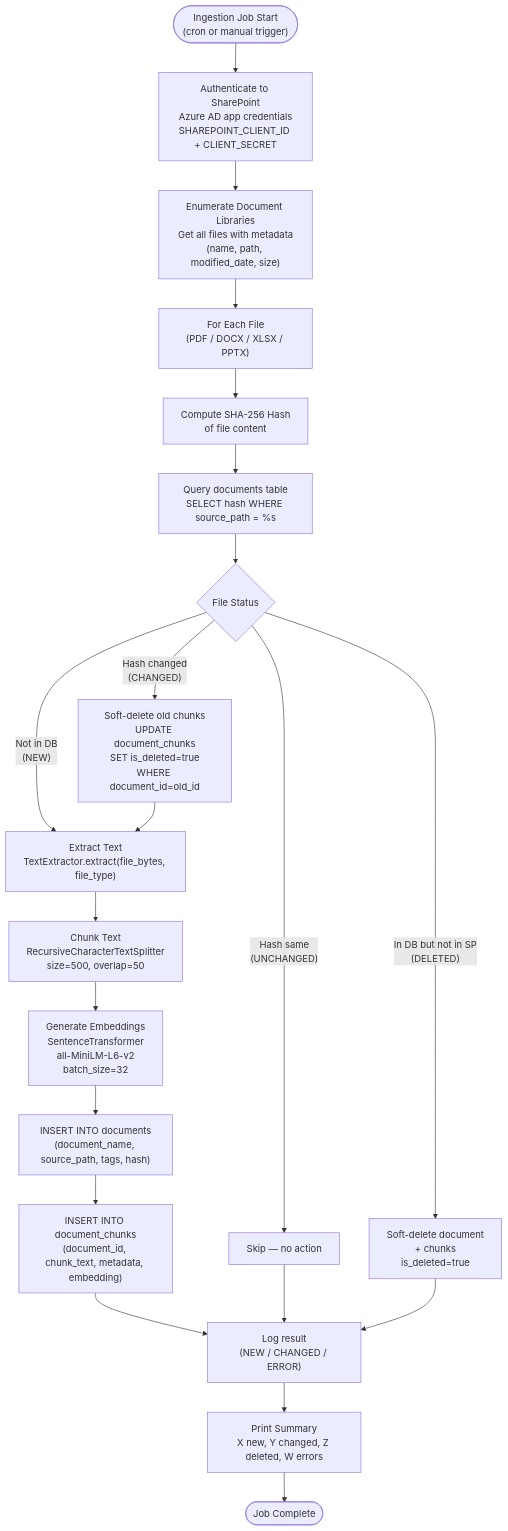
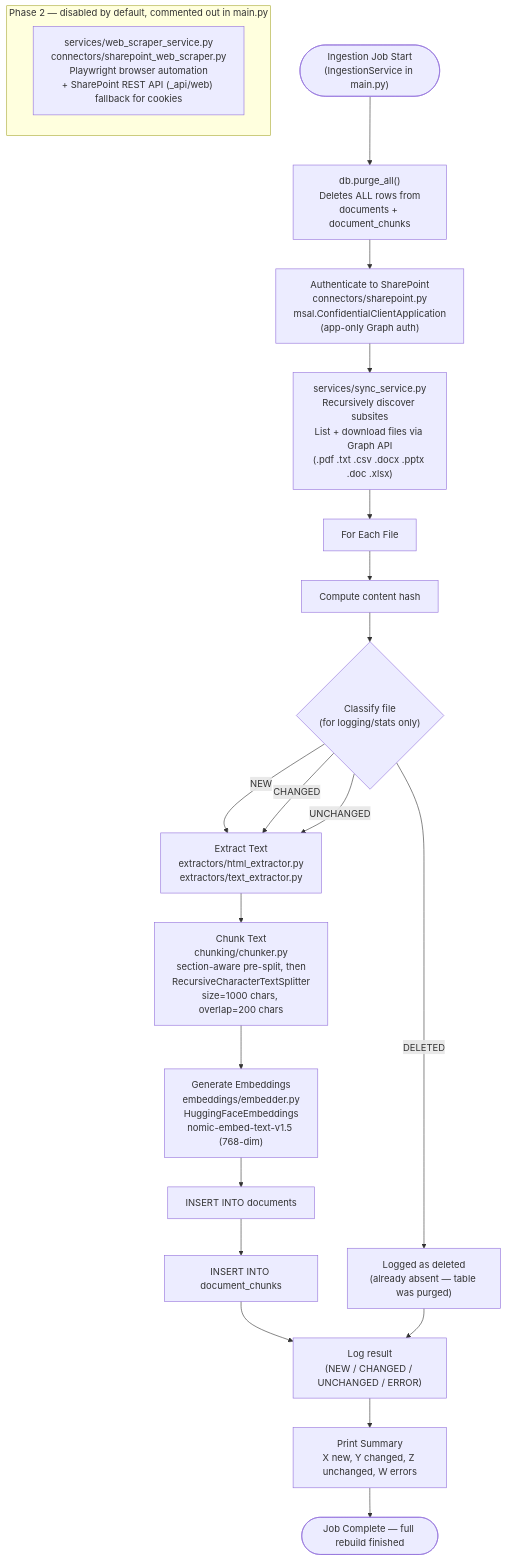
One commit to pdikondaaa/aa-hackathon changed the diagram in knowledge-specs/docs/08-data/sharepoint-ingestion.md. Above: the diagram before and after it, drawn with Mermaid. The commit also changed other lines of this file and 71 other files, not shown here.

````diff
--- a/knowledge-specs/docs/08-data/sharepoint-ingestion.md
+++ b/knowledge-specs/docs/08-data/sharepoint-ingestion.md
@@ -19,28 +21,29 @@
 ```mermaid
 flowchart TD
-    Start(["Ingestion Job Start\n(cron or manual trigger)"]) --> Auth["Authenticate to SharePoint\nAzure AD app credentials\nSHAREPOINT_CLIENT_ID + CLIENT_SECRET"]
-    Auth --> Enumerate["Enumerate Document Libraries\nGet all files with metadata\n(name, path, modified_date, size)"]
-    Enumerate --> ForEach["For Each File\n(PDF / DOCX / XLSX / PPTX)"]
+    Start(["Ingestion Job Start\n(IngestionService in main.py)"]) --> Purge["db.purge_all()\nDeletes ALL rows from\ndocuments + document_chunks"]
+    Purge --> Auth["Authenticate to SharePoint\nconnectors/sharepoint.py\nmsal.ConfidentialClientApplication\n(app-only Graph auth)"]
+    Auth --> Enumerate["services/sync_service.py\nRecursively discover subsites\nList + download files via Graph API\n(.pdf .txt .csv .docx .pptx .doc .xlsx)"]
+    Enumerate --> ForEach["For Each File"]
 
-    ForEach --> Hash["Compute SHA-256 Hash\nof file content"]
-    Hash --> DBLookup["Query documents table\nSELECT hash WHERE source_path = %s"]
-    DBLookup --> Status{File Status}
+    ForEach --> Hash["Compute content hash"]
+    Hash --> Status{"Classify file\n(for logging/stats only)"}
+    Status -- NEW --> Extract
+    Status -- CHANGED --> Extract
+    Status -- UNCHANGED --> Extract
+    Status -- DELETED --> LogDel["Logged as deleted\n(already absent — table was purged)"]
 
-    Status -- "Not in DB\n(NEW)" --> Extract
-    Status -- "Hash changed\n(CHANGED)" --> SoftDelete["Soft-delete old chunks\nUPDATE document_chunks\nSET is_deleted=true\nWHERE document_id=old_id"]
-    Status -- "Hash same\n(UNCHANGED)" --> Skip["Skip — no action"]
-    Status -- "In DB but not in SP\n(DELETED)" --> SoftDeleteDoc["Soft-delete document\n+ chunks\nis_deleted=true"]
+    Extract["Extract Text\nextractors/html_extractor.py\nextractors/text_extractor.py"]
+    Extract --> Chunk["Chunk Text\nchunking/chunker.py\nsection-aware pre-split, then\nRecursiveCharacterTextSplitter\nsize=1000 chars, overlap=200 chars"]
+    Chunk --> Embed["Generate Embeddings\nembeddings/embedder.py\nHuggingFaceEmbeddings\nnomic-embed-text-v1.5 (768-dim)"]
+    Embed --> InsertDoc["INSERT INTO documents"]
+    InsertDoc --> InsertChunks["INSERT INTO document_chunks"]
+    InsertChunks --> Log["Log result\n(NEW / CHANGED / UNCHANGED / ERROR)"]
+    LogDel --> Log
 
-    SoftDelete --> Extract
-    Extract["Extract Text\nTextExtractor.extract(file_bytes, file_type)"]
-    Extract --> Chunk["Chunk Text\nRecursiveCharacterTextSplitter\nsize=500, overlap=50"]
-    Chunk --> Embed["Generate Embeddings\nSentenceTransformer\nall-MiniLM-L6-v2\nbatch_size=32"]
-    Embed --> InsertDoc["INSERT INTO documents\n(document_name, source_path, tags, hash)"]
-    InsertDoc --> InsertChunks["INSERT INTO document_chunks\n(document_id, chunk_text, metadata, embedding)"]
-    InsertChunks --> Log["Log result\n(NEW / CHANGED / ERROR)"]
-    Skip --> Log
-    SoftDeleteDoc --> Log
+    Log --> Summary["Print Summary\nX new, Y changed, Z unchanged, W errors"]
+    Summary --> End(["Job Complete — full rebuild finished"])
 
-    Log --> Summary["Print Summary\nX new, Y changed, Z deleted, W errors"]
-    Summary --> End(["Job Complete"])
+    subgraph Phase2["Phase 2 — disabled by default, commented out in main.py"]
+        Scrape["services/web_scraper_service.py\nconnectors/sharepoint_web_scraper.py\nPlaywright browser automation\n+ SharePoint REST API (_api/web) fallback for cookies"]
+    end
 ```
````
